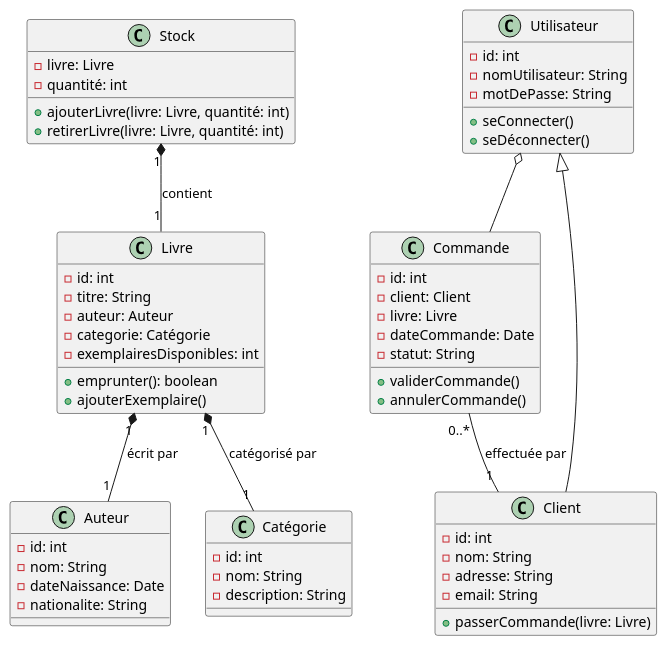
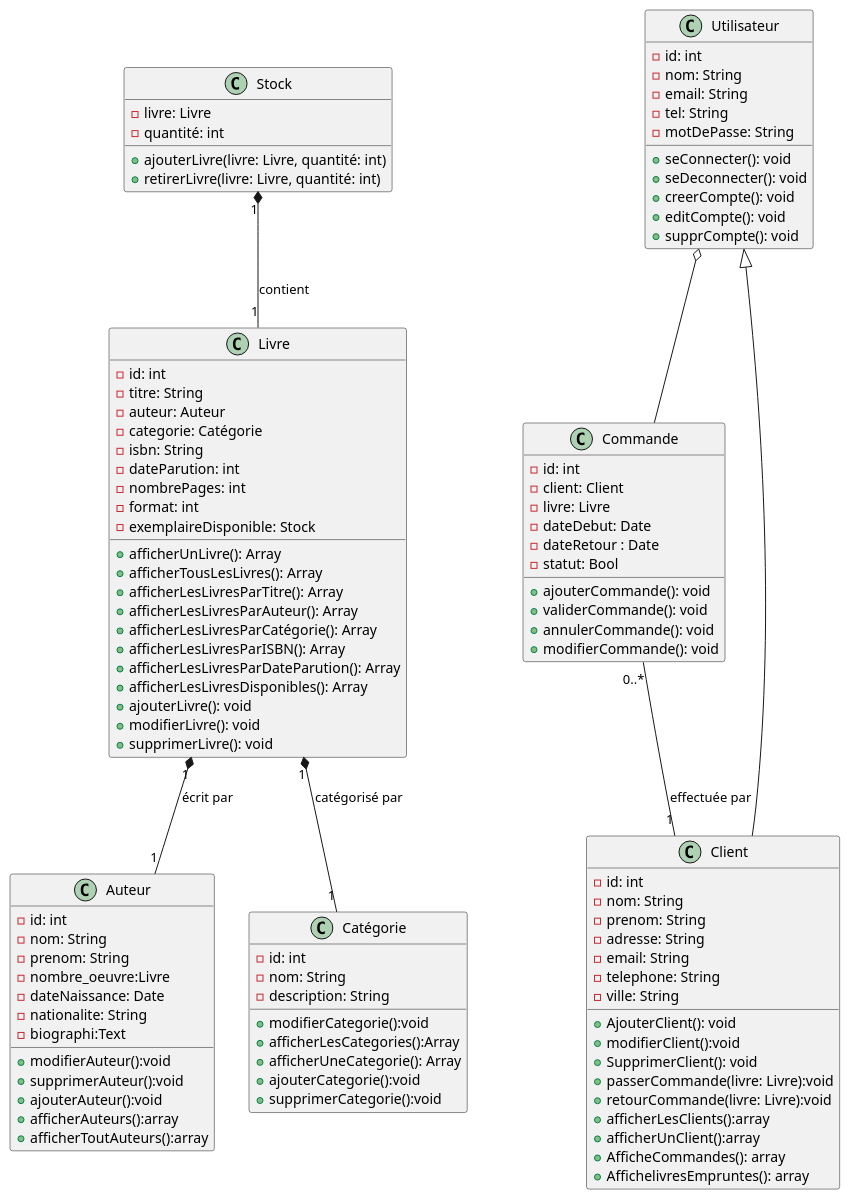
One commit to Jensone/poedia changed the diagram in Diagrammes UML/classes.plantuml. Above: the diagram before and after it, drawn with PlantUML.

```diff
--- a/Diagrammes UML/classes.plantuml
+++ b/Diagrammes UML/classes.plantuml
@@ -1,65 +1,110 @@
 @startuml
 class Livre {
   - id: int
   - titre: String
   - auteur: Auteur
   - categorie: Catégorie
-  - exemplairesDisponibles: int
-  + emprunter(): boolean
-  + ajouterExemplaire()
+  - isbn: String
+  - dateParution: int
+  - nombrePages: int
+  - format: int
+  - exemplaireDisponible: Stock
+  + afficherUnLivre(): Array
+  + afficherTousLesLivres(): Array
+  + afficherLesLivresParTitre(): Array
+  + afficherLesLivresParAuteur(): Array
+  + afficherLesLivresParCatégorie(): Array
+  + afficherLesLivresParISBN(): Array
+  + afficherLesLivresParDateParution(): Array
+  + afficherLesLivresDisponibles(): Array
+  + ajouterLivre(): void
+  + modifierLivre(): void
+  + supprimerLivre(): void
 }
 
 class Auteur {
   - id: int
   - nom: String
+  - prenom: String
+  - nombre_oeuvre:Livre
   - dateNaissance: Date
   - nationalite: String
-}
+  - biographi:Text
+  + modifierAuteur():void
+  + supprimerAuteur():void
+  + ajouterAuteur():void
+  + afficherAuteurs():array
+  + afficherToutAuteurs():array
+  }
 
 class Catégorie {
   - id: int
   - nom: String
   - description: String
+  + modifierCategorie():void
+  + afficherLesCategories():Array
+  + afficherUneCategorie(): Array
+  + ajouterCategorie():void
+  + supprimerCategorie():void
 }
 
 class Commande {
   - id: int
   - client: Client
   - livre: Livre
-  - dateCommande: Date
-  - statut: String
-  + validerCommande()
-  + annulerCommande()
+  - dateDebut: Date
+  - dateRetour : Date
+  - statut: Bool
+  + ajouterCommande(): void
+  + validerCommande(): void
+  + annulerCommande(): void
+  + modifierCommande(): void
 }
 
 class Client {
   - id: int
   - nom: String
+  - prenom: String
   - adresse: String
   - email: String
-  + passerCommande(livre: Livre)
+  - telephone: String
+  - ville: String
+  + AjouterClient(): void
+  + modifierClient():void
+  + SupprimerClient(): void
+  + passerCommande(livre: Livre):void
+  + retourCommande(livre: Livre):void
+  + afficherLesClients():array
+  + afficherUnClient():array
+  + AfficheCommandes(): array
+  + AffichelivresEmpruntes(): array
 }
 
 class Utilisateur {
   - id: int
-  - nomUtilisateur: String
+  - nom: String
+  - email: String
+  - tel: String
   - motDePasse: String
-  + seConnecter()
-  + seDéconnecter()
+  + seConnecter(): void
+  + seDeconnecter(): void
+  + creerCompte(): void
+  + editCompte(): void
+  + supprCompte(): void
 }
 
 class Stock {
   - livre: Livre
   - quantité: int
   + ajouterLivre(livre: Livre, quantité: int)
   + retirerLivre(livre: Livre, quantité: int)
 }
 
 Livre "1" *-- "1" Auteur : écrit par
 Livre "1" *-- "1" Catégorie : catégorisé par
 Commande "0..*" -- "1" Client : effectuée par
 Utilisateur <|-- Client
 Utilisateur o-- Commande
 Stock "1" *-- "1" Livre : contient
 
 @enduml
```
